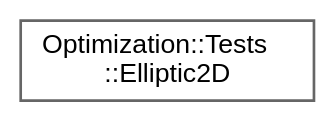
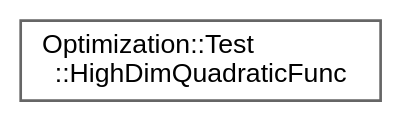
The diagram in inherit_graph_53.dot (jswoo0615/Algorithms_for_Optimization_cpp), drawn with Graphviz before and after one commit. The commit also changed 121 other files, not shown here.

```diff
--- a/inherit_graph_53.dot
+++ b/inherit_graph_53.dot
@@ -1,9 +1,9 @@
 digraph "Graphical Class Hierarchy"
 {
  // LATEX_PDF_SIZE
   bgcolor="transparent";
   edge [fontname=Helvetica,fontsize=10,labelfontname=Helvetica,labelfontsize=10];
   node [fontname=Helvetica,fontsize=10,shape=box,height=0.2,width=0.4];
   rankdir="LR";
-  Node0 [id="Node000000",label="Optimization::Tests\l::Elliptic2D",height=0.2,width=0.4,color="grey40", fillcolor="white", style="filled",URL="$structOptimization_1_1Tests_1_1Elliptic2D.html",tooltip=" "];
+  Node0 [id="Node000000",label="Optimization::Test\l::HighDimQuadraticFunc",height=0.2,width=0.4,color="grey40", fillcolor="white", style="filled",URL="$structOptimization_1_1Test_1_1HighDimQuadraticFunc.html",tooltip=" "];
 }
```
